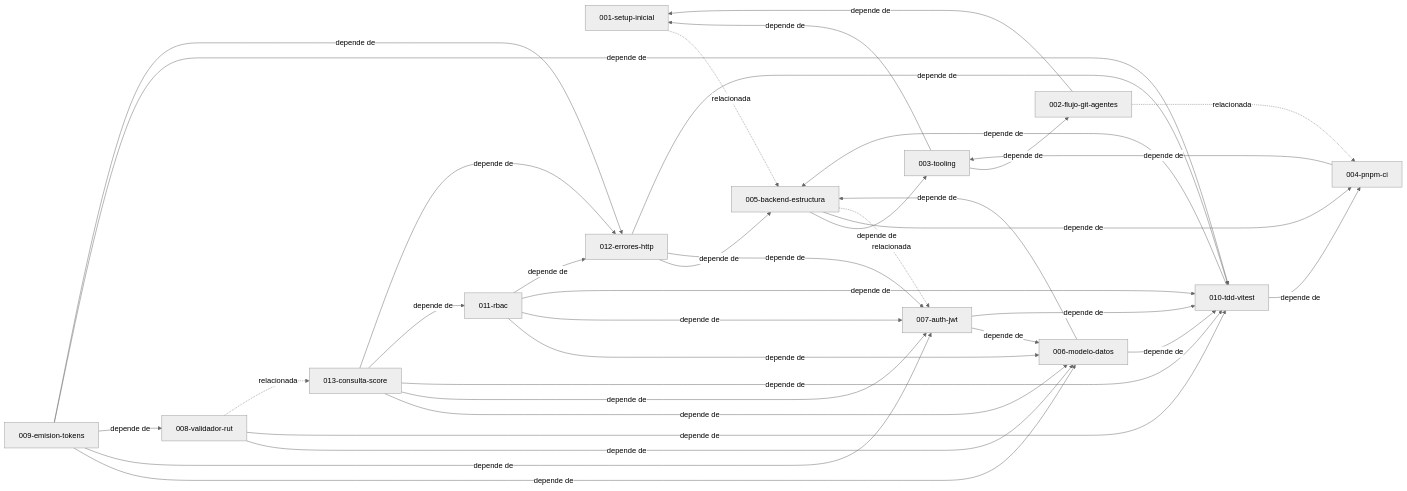
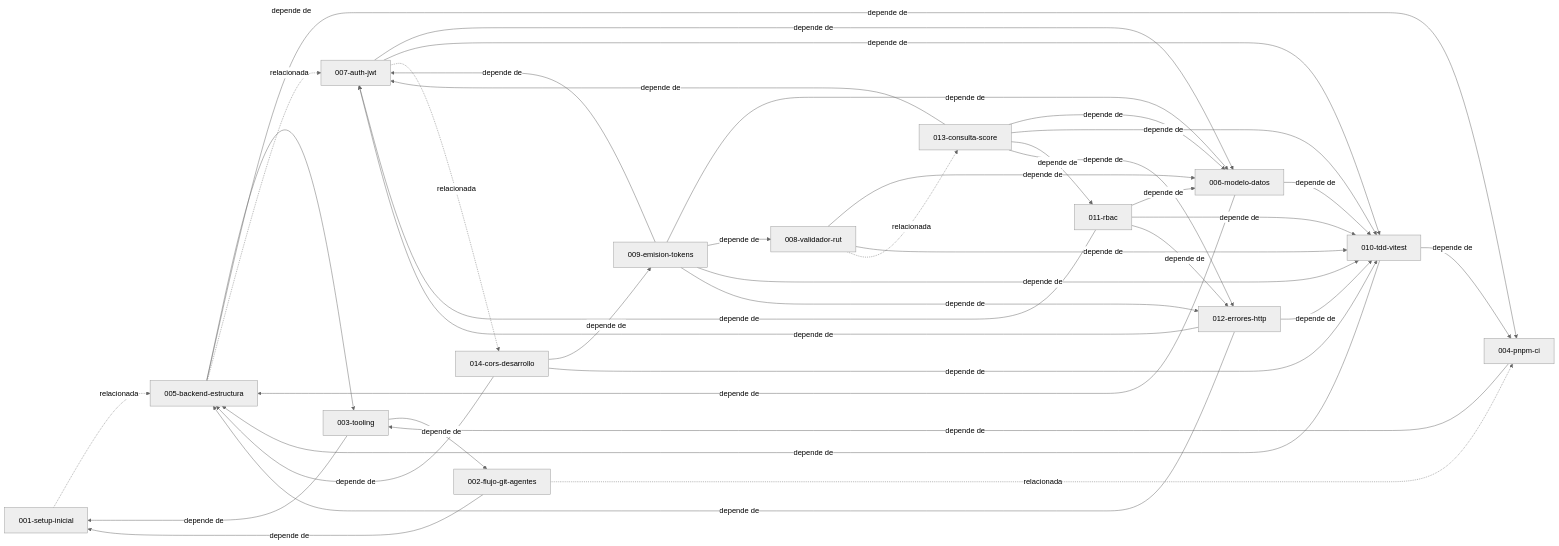
Before and after one commit to DavidSlva/financial-risk-manager: the diagram in docs/specs/README.md, drawn with Mermaid (neutral theme). The commit also changed other lines of this file and 16 other files, not shown here.

Commit message:
feat(014): CORS con credenciales para desarrollo y puerto 8000 (TDD)

````diff
--- a/docs/specs/README.md
+++ b/docs/specs/README.md
@@ -25,51 +26,56 @@
 ```mermaid
 graph LR
   S001[001-setup-inicial]
   S002[002-flujo-git-agentes]
   S003[003-tooling]
   S004[004-pnpm-ci]
   S005[005-backend-estructura]
   S006[006-modelo-datos]
   S007[007-auth-jwt]
   S008[008-validador-rut]
   S009[009-emision-tokens]
   S010[010-tdd-vitest]
   S011[011-rbac]
   S012[012-errores-http]
   S013[013-consulta-score]
+  S014[014-cors-desarrollo]
   S001 -.->|relacionada| S005
   S002 -->|depende de| S001
   S002 -.->|relacionada| S004
   S003 -->|depende de| S001
   S003 -->|depende de| S002
   S004 -->|depende de| S003
   S005 -->|depende de| S003
   S005 -->|depende de| S004
   S005 -.->|relacionada| S007
   S006 -->|depende de| S005
   S006 -->|depende de| S010
   S007 -->|depende de| S006
   S007 -->|depende de| S010
+  S007 -.->|relacionada| S014
   S008 -->|depende de| S006
   S008 -->|depende de| S010
   S008 -.->|relacionada| S013
   S009 -->|depende de| S006
   S009 -->|depende de| S007
   S009 -->|depende de| S008
   S009 -->|depende de| S010
   S009 -->|depende de| S012
   S010 -->|depende de| S004
   S010 -->|depende de| S005
   S011 -->|depende de| S006
   S011 -->|depende de| S007
   S011 -->|depende de| S010
   S011 -->|depende de| S012
   S012 -->|depende de| S005
   S012 -->|depende de| S007
   S012 -->|depende de| S010
   S013 -->|depende de| S006
   S013 -->|depende de| S007
   S013 -->|depende de| S010
   S013 -->|depende de| S011
   S013 -->|depende de| S012
+  S014 -->|depende de| S005
+  S014 -->|depende de| S009
+  S014 -->|depende de| S010
 ```
````
